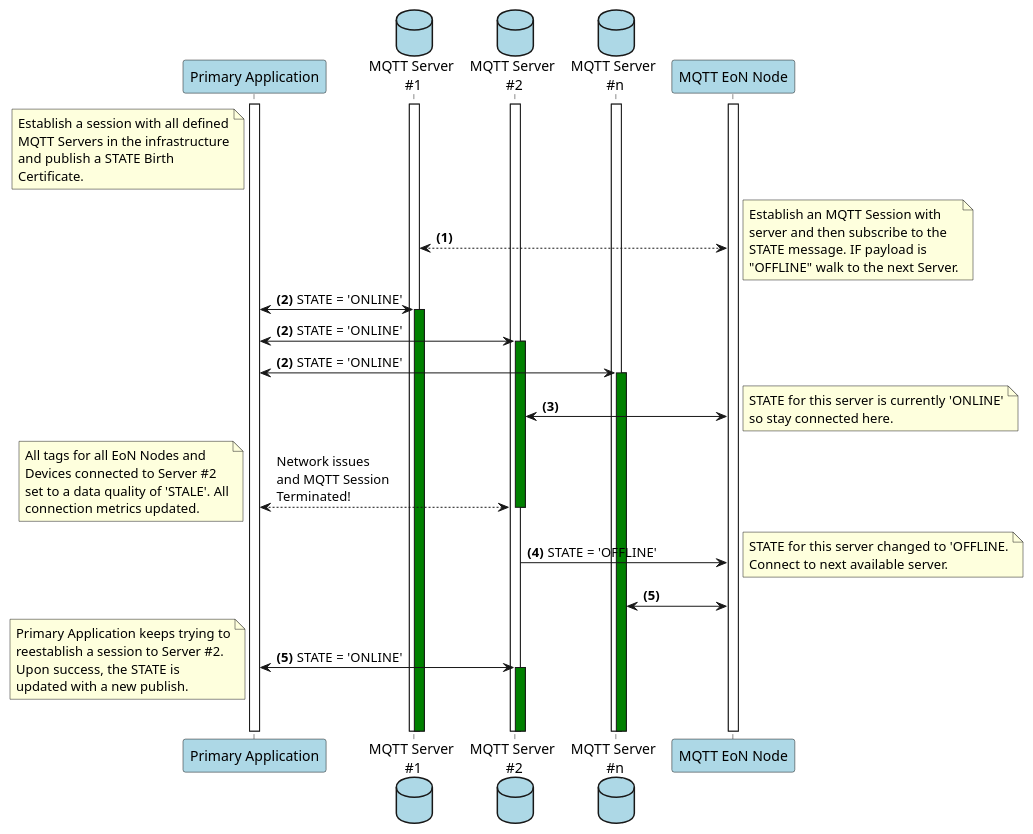
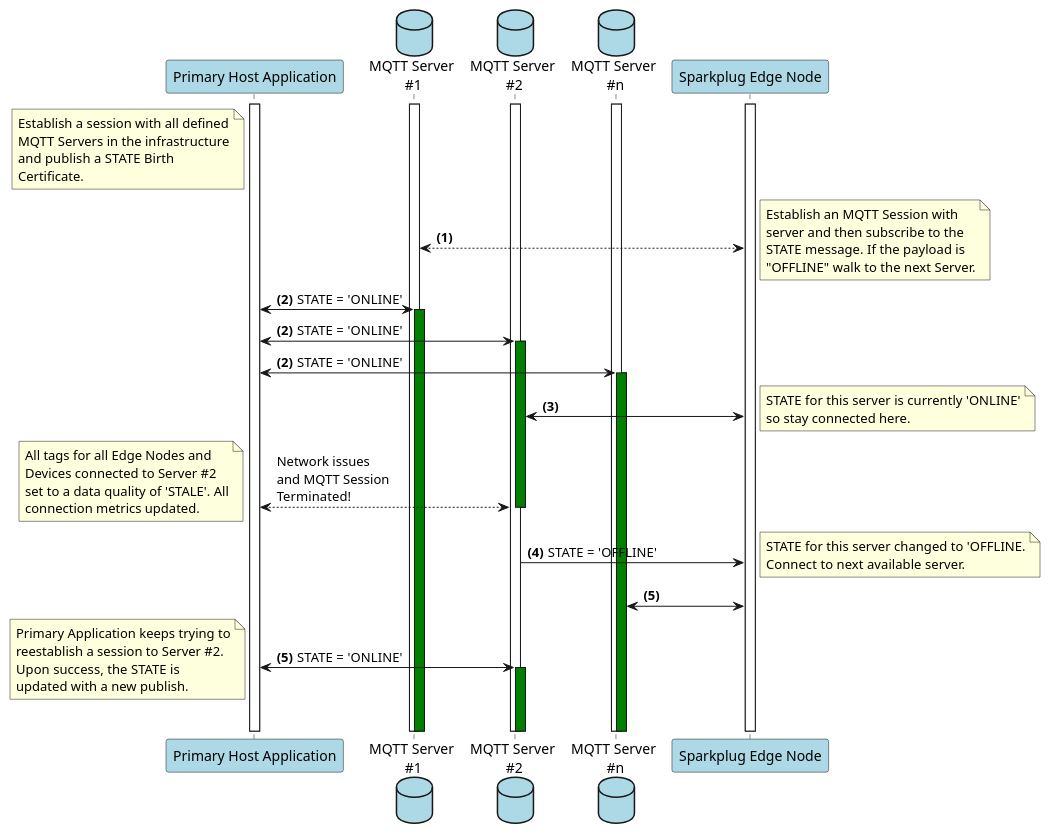
Before and after one commit to eclipse-sparkplug/sparkplug: the diagram in specification/src/main/asciidoc/assets/plantuml/primary-host-application-state-flow-diagram.puml, drawn with PlantUML. The commit also changed 6 other files, not shown here.

```diff
--- a/specification/src/main/asciidoc/assets/plantuml/primary-host-application-state-flow-diagram.puml
+++ b/specification/src/main/asciidoc/assets/plantuml/primary-host-application-state-flow-diagram.puml
@@ -1,82 +1,82 @@
 @startuml
-participant "Primary Application" as PrimApp #lightblue
+participant "Primary Host Application" as PrimApp #lightblue
 database "MQTT Server\n #1" as Server1 #lightblue
 database "MQTT Server\n #2" as Server2 #lightblue
 database "MQTT Server\n #n" as ServerN #lightblue
-participant "MQTT EoN Node" as EoN #lightblue
+participant "Sparkplug Edge Node" as EdgeNode #lightblue
 
 activate PrimApp
 activate Server1
 activate Server2
 activate ServerN
-activate EoN
+activate EdgeNode
 
 note left of PrimApp
 Establish a session with all defined
 MQTT Servers in the infrastructure
 and publish a STATE Birth
 Certificate.
 end note
 
 autonumber 1 "<b>(#)"
-Server1 <--> EoN
+Server1 <--> EdgeNode
 note right
 Establish an MQTT Session with
 server and then subscribe to the
-STATE message. IF payload is
+STATE message. If the payload is
 "OFFLINE" walk to the next Server.
 end note
 
 
 autonumber 2 "<b>(#)"
 PrimApp <-> Server1 : STATE = 'ONLINE'
 activate Server1 #green
 
 autonumber 2 "<b>(#)"
 PrimApp <-> Server2 : STATE = 'ONLINE'
 activate Server2 #green
 
 autonumber 2 "<b>(#)"
 PrimApp <-> ServerN : STATE = 'ONLINE'
 activate ServerN #green
 
 autonumber 3 "<b>(#)"
-Server2 <-> EoN
+Server2 <-> EdgeNode
 note right
 STATE for this server is currently 'ONLINE'
 so stay connected here.
 end note
 
 autonumber stop
 PrimApp <--> Server2 : Network issues\nand MQTT Session\nTerminated!
 note left
-All tags for all EoN Nodes and
+All tags for all Edge Nodes and
 Devices connected to Server #2
 set to a data quality of 'STALE'. All
 connection metrics updated.
 end note
 
 deactivate Server2
 
 autonumber 4 "<b>(#)"
-Server2 -> EoN : STATE = 'OFFLINE'
+Server2 -> EdgeNode : STATE = 'OFFLINE'
 note right
 STATE for this server changed to 'OFFLINE.
 Connect to next available server.
 end note
 
 autonumber 5 "<b>(#)"
-ServerN <-> EoN
+ServerN <-> EdgeNode
 
 autonumber 5 "<b>(#)"
 PrimApp <-> Server2 : STATE = 'ONLINE'
 activate Server2 #green
 note left
 Primary Application keeps trying to
 reestablish a session to Server #2.
 Upon success, the STATE is
 updated with a new publish.
 end note
 
 |||
 @enduml
```
